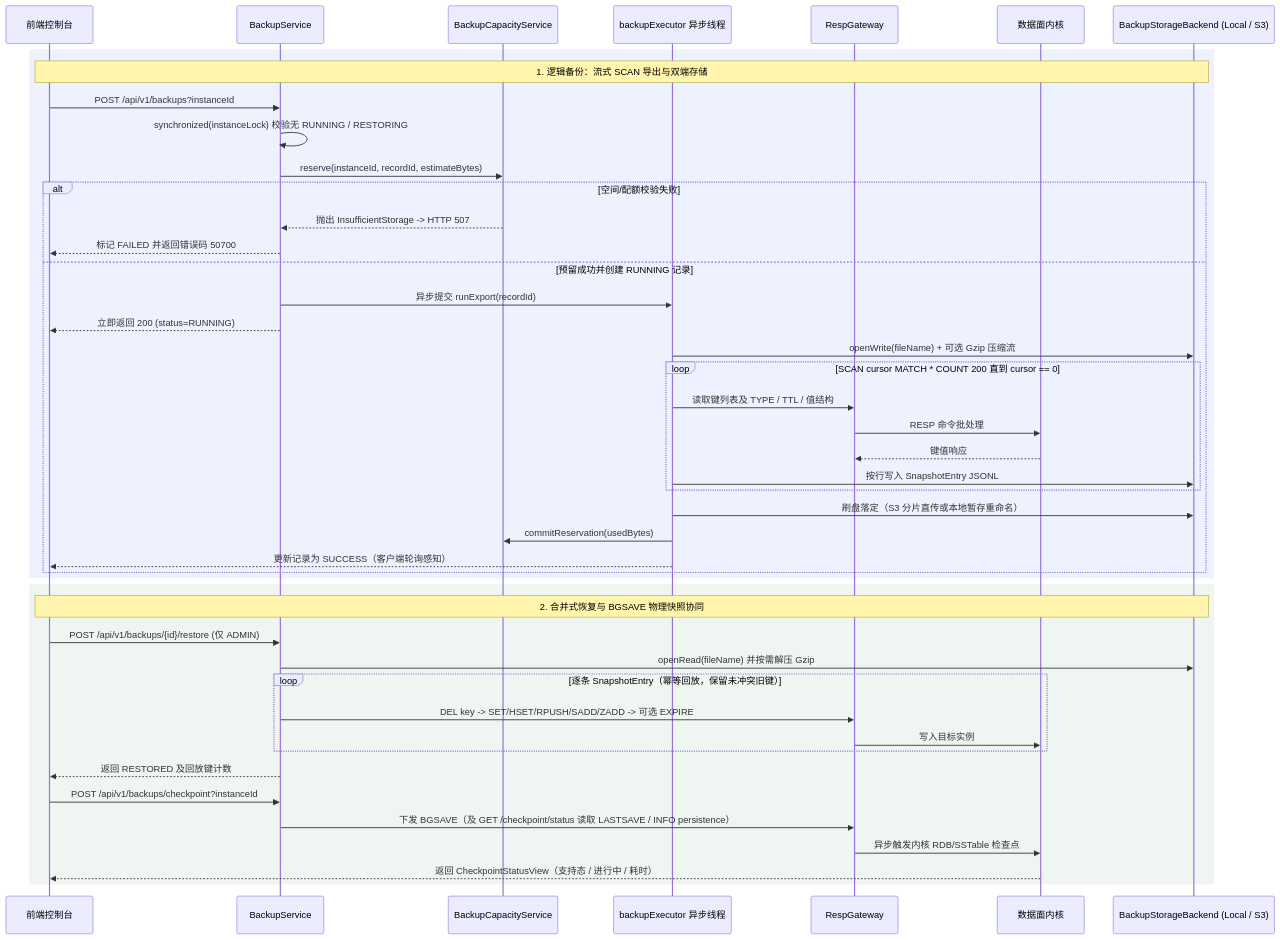
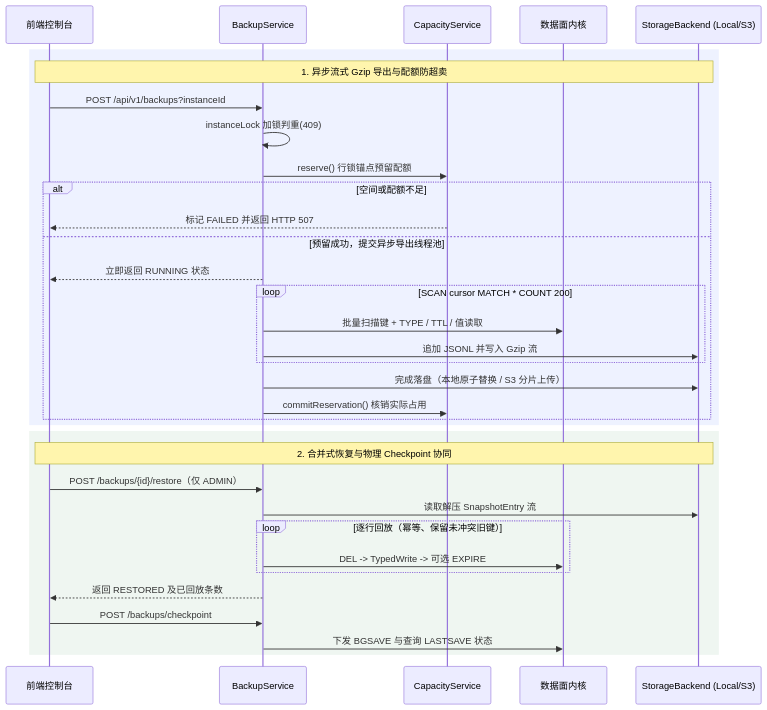
Before and after one commit to Holylaw7/tiering-kv: the diagram in docs/design/figures/fig4-4-checkpoint-seq.mmd, drawn with Mermaid. The commit also changed 16 other files, not shown here.

```diff
--- a/docs/design/figures/fig4-4-checkpoint-seq.mmd
+++ b/docs/design/figures/fig4-4-checkpoint-seq.mmd
@@ -1,48 +1,37 @@
-%%{init: {'theme':'base','themeVariables':{'fontFamily':"'Segoe UI','Microsoft YaHei',sans-serif",'fontSize':'13px','primaryColor':'#FFFFFF','primaryBorderColor':'#CBD2D9','primaryTextColor':'#202124','lineColor':'#626B78','secondaryColor':'#F7F8FA','tertiaryColor':'#FBFCFE','noteBkgColor':'#F8FAFC','noteBorderColor':'#CBD5E1','noteTextColor':'#334155','actorBkg':'#FFFFFF','actorBorder':'#CBD2D9','actorTextColor':'#0F172A','signalColor':'#475569','signalTextColor':'#0F172A','labelBoxBkgColor':'#EEF2FF','labelBoxBorderColor':'#C7D2F5','labelTextColor':'#1D4ED8'}}}%%
+%%{init: {'theme':'base','sequence':{'actorMargin':30,'width':128,'height':42,'boxMargin':6,'messageMargin':26,'mirrorActors':false},'themeVariables':{'fontFamily':"'Microsoft YaHei','Segoe UI',sans-serif",'fontSize':'16px','primaryColor':'#FFFFFF','primaryBorderColor':'#94A3B8','primaryTextColor':'#0F172A','lineColor':'#475569','secondaryColor':'#F8FAFC','tertiaryColor':'#FFFFFF','noteBkgColor':'#F8FAFC','noteBorderColor':'#CBD5E1','noteTextColor':'#334155','actorBkg':'#FFFFFF','actorBorder':'#94A3B8','actorTextColor':'#0F172A','signalColor':'#334155','signalTextColor':'#0F172A','labelBoxBkgColor':'#EEF2FF','labelBoxBorderColor':'#C7D2F5','labelTextColor':'#1D4ED8'}}}%%
 sequenceDiagram
     participant UI as 前端控制台
     participant BS as BackupService
-    participant CAP as BackupCapacityService
-    participant EXE as backupExecutor 异步线程
-    participant GW as RespGateway
+    participant CAP as CapacityService
     participant KV as 数据面内核
-    participant ST as BackupStorageBackend (Local / S3)
+    participant ST as StorageBackend (Local/S3)
 
     rect rgb(238,242,255)
-    Note over UI,ST: 1. 逻辑备份：流式 SCAN 导出与双端存储
+    Note over UI,ST: 1. 异步流式 Gzip 导出与配额防超卖
     UI->>BS: POST /api/v1/backups?instanceId
-    BS->>BS: synchronized(instanceLock) 校验无 RUNNING / RESTORING
-    BS->>CAP: reserve(instanceId, recordId, estimateBytes)
-    alt 空间/配额校验失败
-        CAP-->>BS: 抛出 InsufficientStorage -> HTTP 507
-        BS-->>UI: 标记 FAILED 并返回错误码 50700
-    else 预留成功并创建 RUNNING 记录
-        BS->>EXE: 异步提交 runExport(recordId)
-        BS-->>UI: 立即返回 200 (status=RUNNING)
-        EXE->>ST: openWrite(fileName) + 可选 Gzip 压缩流
-        loop SCAN cursor MATCH * COUNT 200 直到 cursor == 0
-            EXE->>GW: 读取键列表及 TYPE / TTL / 值结构
-            GW->>KV: RESP 命令批处理
-            KV-->>GW: 键值响应
-            EXE->>ST: 按行写入 SnapshotEntry JSONL
+    BS->>BS: instanceLock 加锁判重(409)
+    BS->>CAP: reserve() 行锁锚点预留配额
+    alt 空间或配额不足
+        CAP-->>UI: 标记 FAILED 并返回 HTTP 507
+    else 预留成功，提交异步导出线程池
+        BS-->>UI: 立即返回 RUNNING 状态
+        loop SCAN cursor MATCH * COUNT 200
+            BS->>KV: 批量扫描键 + TYPE / TTL / 值读取
+            BS->>ST: 追加 JSONL 并写入 Gzip 流
         end
-        EXE->>ST: 刷盘落定（S3 分片直传或本地暂存重命名）
-        EXE->>CAP: commitReservation(usedBytes)
-        EXE-->>UI: 更新记录为 SUCCESS（客户端轮询感知）
+        BS->>ST: 完成落盘（本地原子替换 / S3 分片上传）
+        BS->>CAP: commitReservation() 核销实际占用
     end
     end
 
     rect rgb(239,246,241)
-    Note over UI,ST: 2. 合并式恢复与 BGSAVE 物理快照协同
-    UI->>BS: POST /api/v1/backups/{id}/restore (仅 ADMIN)
-    BS->>ST: openRead(fileName) 并按需解压 Gzip
-    loop 逐条 SnapshotEntry（幂等回放，保留未冲突旧键）
-        BS->>GW: DEL key -> SET/HSET/RPUSH/SADD/ZADD -> 可选 EXPIRE
-        GW->>KV: 写入目标实例
+    Note over UI,ST: 2. 合并式恢复与物理 Checkpoint 协同
+    UI->>BS: POST /backups/{id}/restore（仅 ADMIN）
+    BS->>ST: 读取解压 SnapshotEntry 流
+    loop 逐行回放（幂等、保留未冲突旧键）
+        BS->>KV: DEL -> TypedWrite -> 可选 EXPIRE
     end
-    BS-->>UI: 返回 RESTORED 及回放键计数
-    UI->>BS: POST /api/v1/backups/checkpoint?instanceId
-    BS->>GW: 下发 BGSAVE（及 GET /checkpoint/status 读取 LASTSAVE / INFO persistence）
-    GW->>KV: 异步触发内核 RDB/SSTable 检查点
-    KV-->>UI: 返回 CheckpointStatusView（支持态 / 进行中 / 耗时）
+    BS-->>UI: 返回 RESTORED 及已回放条数
+    UI->>BS: POST /backups/checkpoint
+    BS->>KV: 下发 BGSAVE 与查询 LASTSAVE 状态
     end
```
